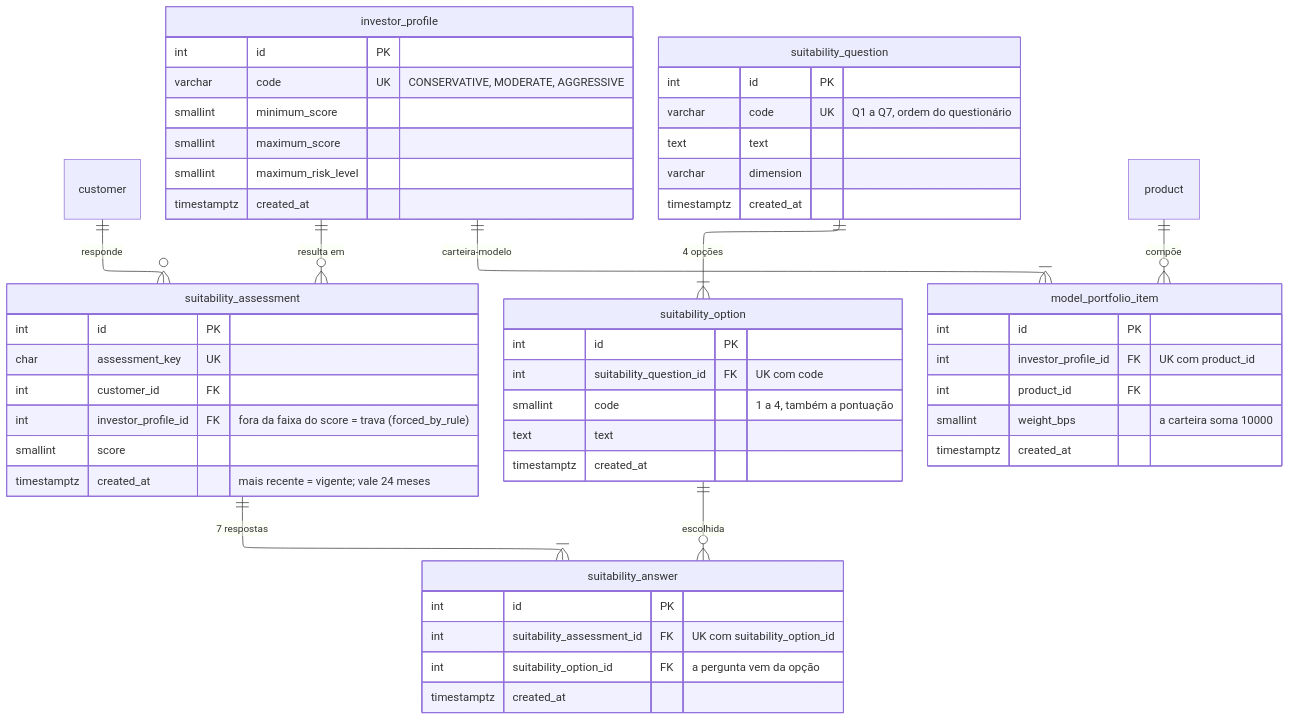
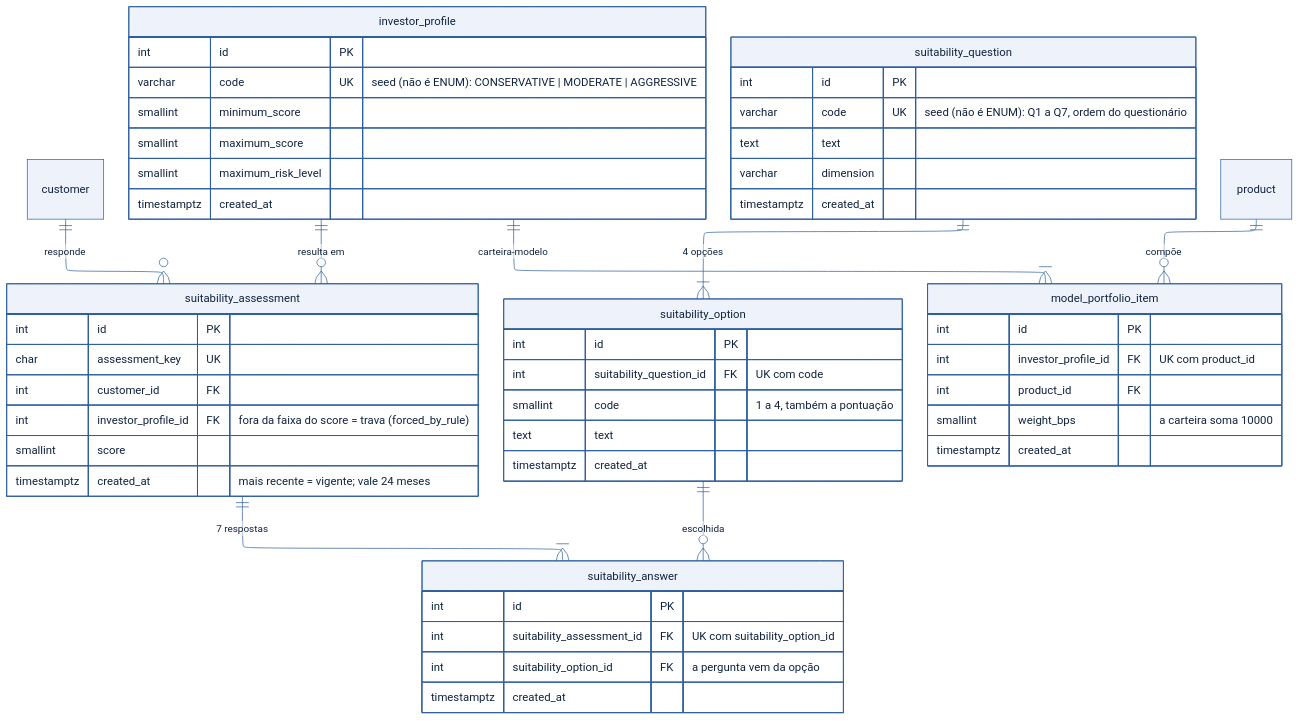
The diagram in docs/diagramas/er-perfil-e-carteira.mmd (heluylucas/bootcamp-qi-tech-presidas-), drawn with Mermaid before and after one commit. The commit also changed 18 other files, not shown here.

Commit message:
:hammer: update: diagrams-blue-theme-&-enum-notation

```diff
--- a/docs/diagramas/er-perfil-e-carteira.mmd
+++ b/docs/diagramas/er-perfil-e-carteira.mmd
@@ -1,59 +1,70 @@
 ---
 config:
+  theme: base
+  themeVariables:
+    primaryColor: "#eef3fb"
+    primaryBorderColor: "#2f5f9e"
+    primaryTextColor: "#10233f"
+    lineColor: "#2f5f9e"
+    secondaryColor: "#f7f9fd"
+    tertiaryColor: "#ffffff"
+    noteBkgColor: "#f7f9fd"
+    noteBorderColor: "#2f5f9e"
+    noteTextColor: "#10233f"
   layout: elk
   elk:
     mergeEdges: false
     nodePlacementStrategy: NETWORK_SIMPLEX
 ---
 erDiagram
     customer ||--o{ suitability_assessment : "responde"
     investor_profile ||--o{ suitability_assessment : "resulta em"
     suitability_assessment ||--|{ suitability_answer : "7 respostas"
     suitability_question ||--|{ suitability_option : "4 opções"
     suitability_option ||--o{ suitability_answer : "escolhida"
     investor_profile ||--|{ model_portfolio_item : "carteira-modelo"
     product ||--o{ model_portfolio_item : "compõe"
 
     suitability_question {
         int id PK
-        varchar code UK "Q1 a Q7, ordem do questionário"
+        varchar code UK "seed (não é ENUM): Q1 a Q7, ordem do questionário"
         text text
         varchar dimension
         timestamptz created_at
     }
     suitability_option {
         int id PK
         int suitability_question_id FK "UK com code"
         smallint code "1 a 4, também a pontuação"
         text text
         timestamptz created_at
     }
     investor_profile {
         int id PK
-        varchar code UK "CONSERVATIVE, MODERATE, AGGRESSIVE"
+        varchar code UK "seed (não é ENUM): CONSERVATIVE | MODERATE | AGGRESSIVE"
         smallint minimum_score
         smallint maximum_score
         smallint maximum_risk_level
         timestamptz created_at
     }
     suitability_assessment {
         int id PK
         char assessment_key UK
         int customer_id FK
         int investor_profile_id FK "fora da faixa do score = trava (forced_by_rule)"
         smallint score
         timestamptz created_at "mais recente = vigente; vale 24 meses"
     }
     suitability_answer {
         int id PK
         int suitability_assessment_id FK "UK com suitability_option_id"
         int suitability_option_id FK "a pergunta vem da opção"
         timestamptz created_at
     }
     model_portfolio_item {
         int id PK
         int investor_profile_id FK "UK com product_id"
         int product_id FK
         smallint weight_bps "a carteira soma 10000"
         timestamptz created_at
     }
```
